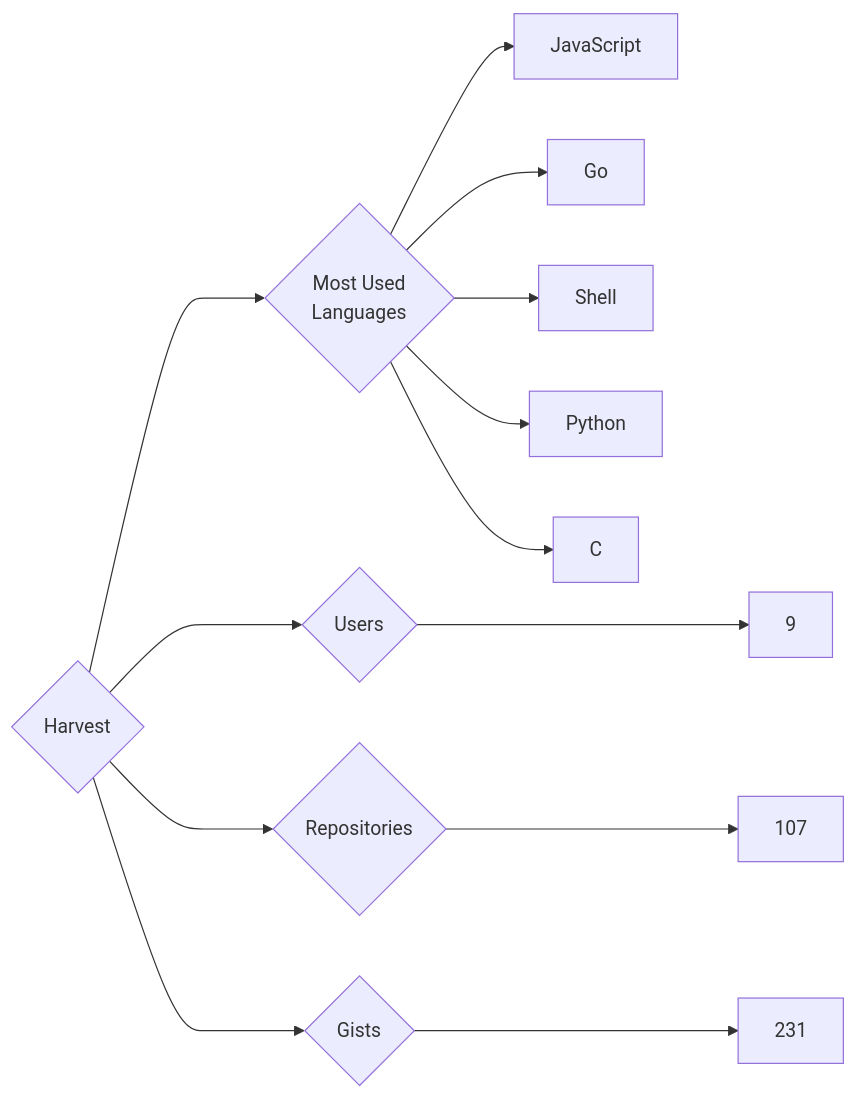
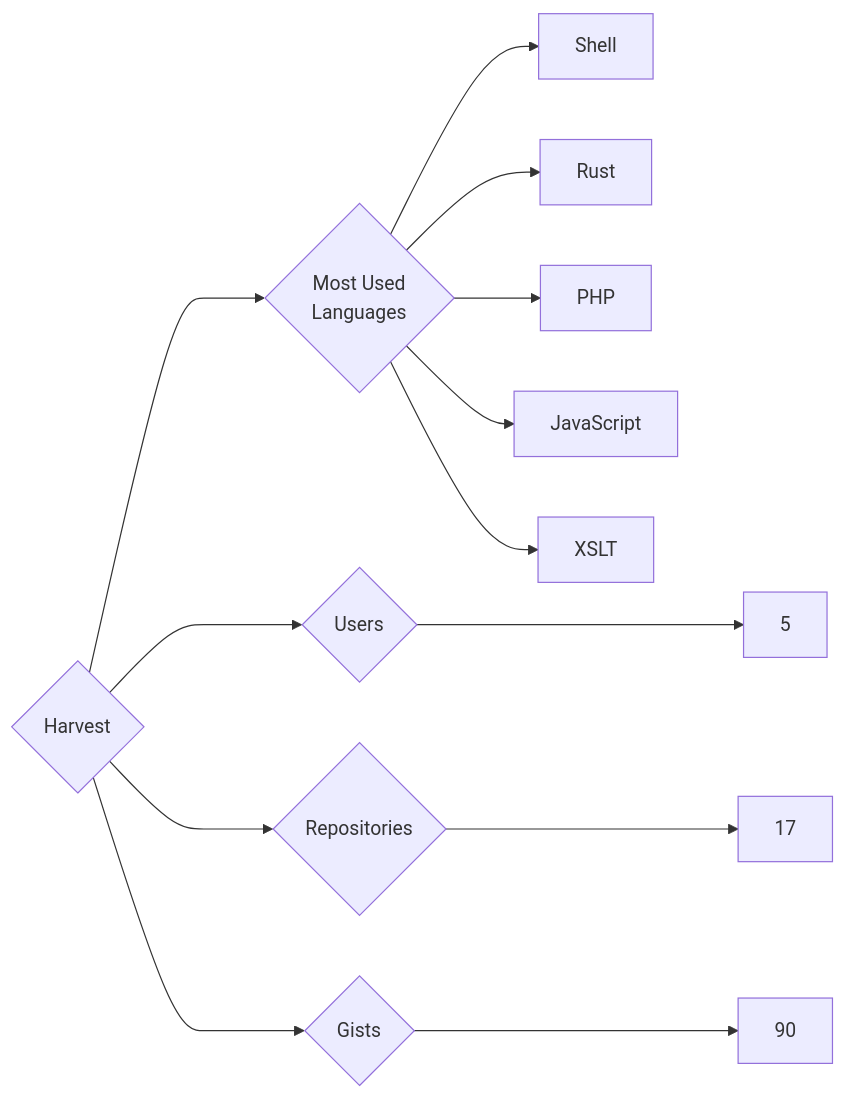
One commit to trickest/insiders changed the diagram in targets/Harvest/README.md. Above: the diagram before and after it, drawn with Mermaid. The commit also changed 951 other files, not shown here.

````diff
--- a/targets/Harvest/README.md
+++ b/targets/Harvest/README.md
@@ -3,13 +3,13 @@
 ```mermaid
 graph LR
 COMPANY_NAME{Harvest}
-COMPANY_NAME ---> U{Users} ---> UN[9]
-COMPANY_NAME ---> R{Repositories} ---> RN[107]
-COMPANY_NAME ---> G{Gists} ---> GN[231]
+COMPANY_NAME ---> U{Users} ---> UN[5]
+COMPANY_NAME ---> R{Repositories} ---> RN[17]
+COMPANY_NAME ---> G{Gists} ---> GN[90]
 COMPANY_NAME ---> ML{Most Used<br>Languages}
+ML --> Shell[Shell]
+ML --> Rust[Rust]
+ML --> PHP[PHP]
 ML --> JavaScript[JavaScript]
-ML --> Go[Go]
-ML --> Shell[Shell]
-ML --> Python[Python]
-ML --> C[C]
+ML --> XSLT[XSLT]
 ```
````
